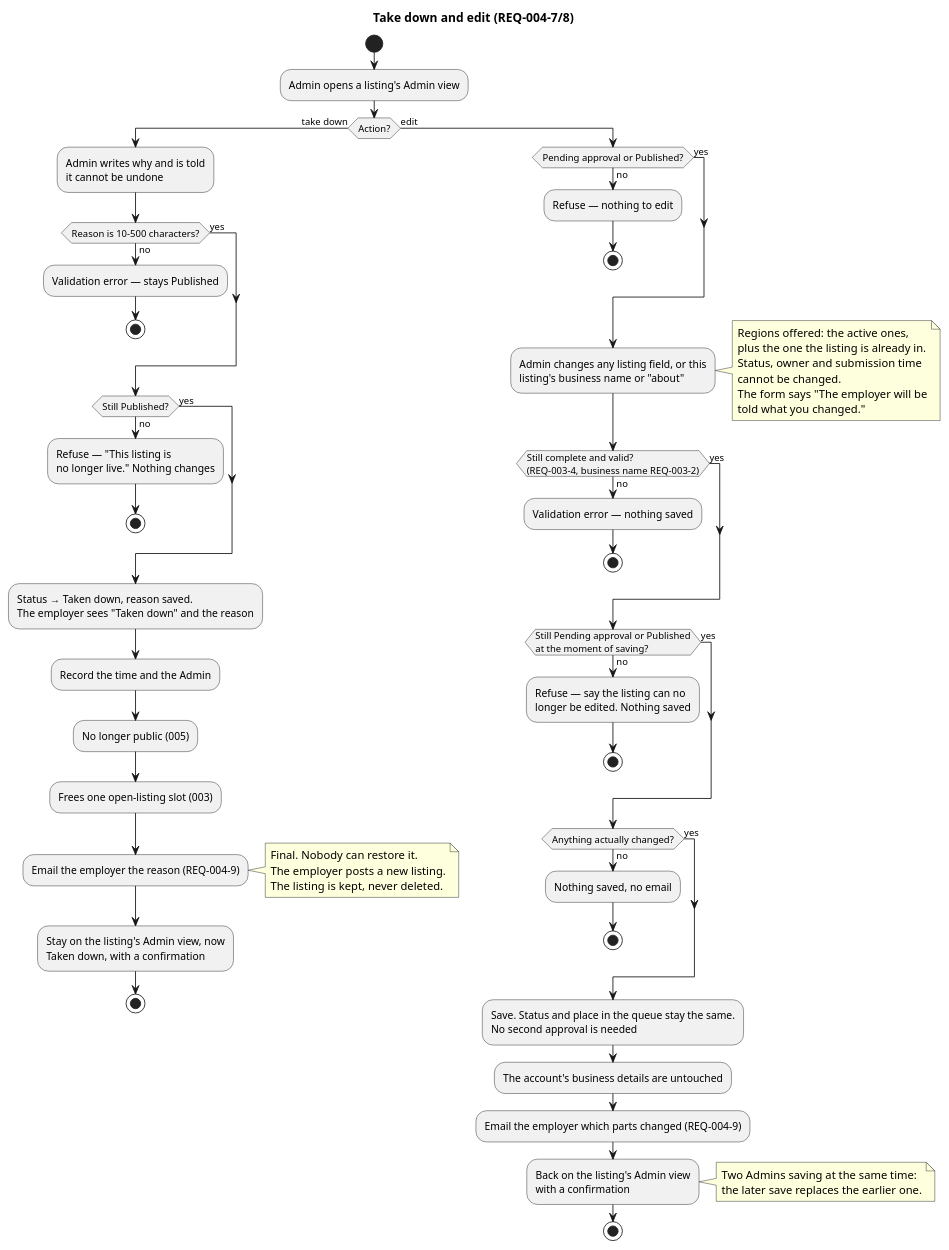
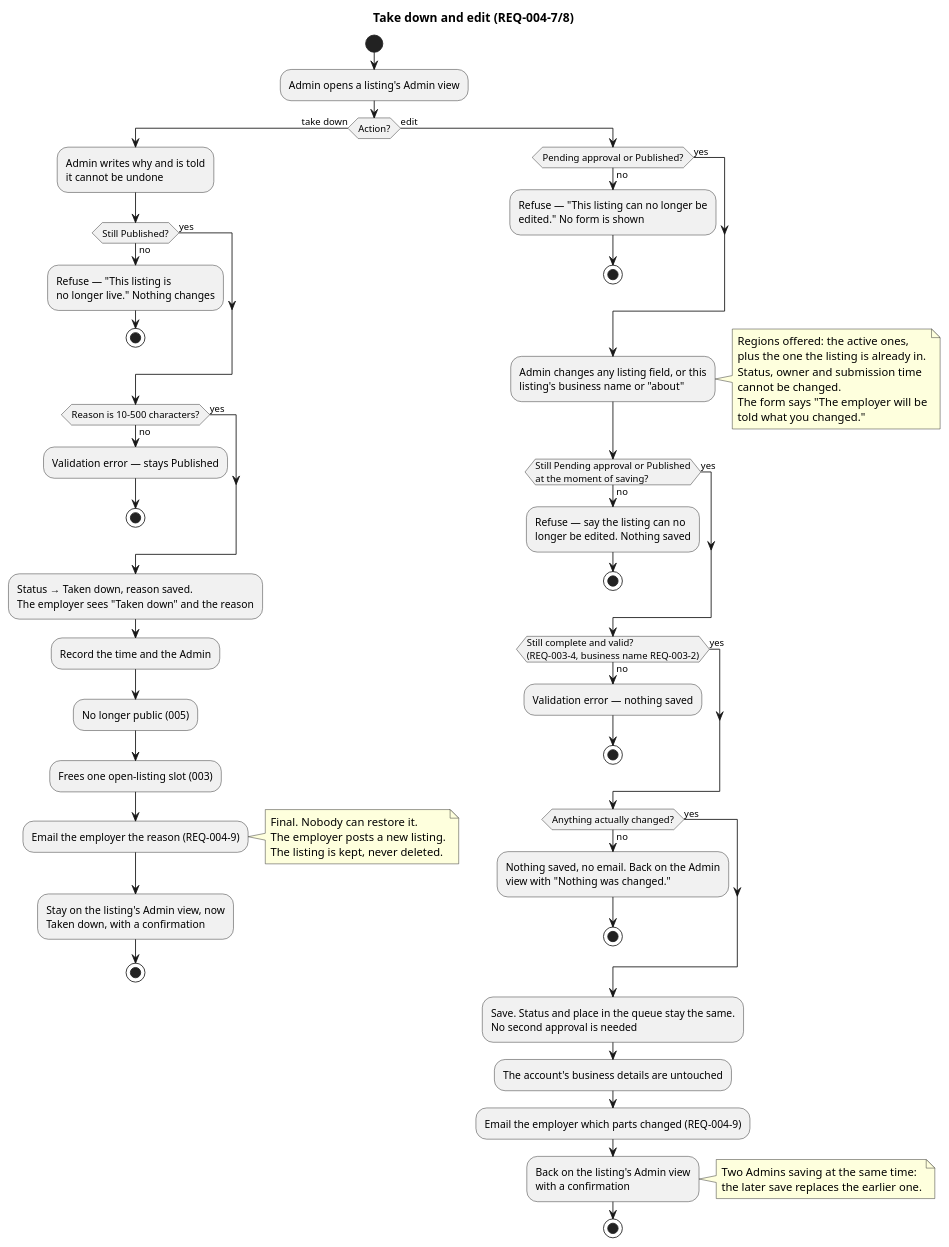
One commit to raseniero/jairojobs-elixir changed the diagram in docs/specs/004-listings-admin-moderation/diagrams/activity-take-down-and-edit.puml. Above: the diagram before and after it, drawn with PlantUML. The commit also changed 23 other files, not shown here.

Commit message:
docs(spec 004): architecture and earlier specs brought in line

```diff
--- a/docs/specs/004-listings-admin-moderation/diagrams/activity-take-down-and-edit.puml
+++ b/docs/specs/004-listings-admin-moderation/diagrams/activity-take-down-and-edit.puml
@@ -1,79 +1,81 @@
 @startuml activity-take-down-and-edit
 ' Spec 004 — taking down a live listing, and Admin edits (REQ-004-7, -8)
 title Take down and edit (REQ-004-7/8)
 
 start
 :Admin opens a listing's Admin view;
 if (Action?) then (take down)
   :Admin writes why and is told
   it cannot be undone;
-  if (Reason is 10–500 characters?) then (no)
-    :Validation error — stays Published;
+  if (Still Published?) then (no)
+    :Refuse — "This listing is
+    no longer live." Nothing changes;
     stop
   else (yes)
   endif
-  if (Still Published?) then (no)
-    :Refuse — "This listing is
-    no longer live." Nothing changes;
+  if (Reason is 10–500 characters?) then (no)
+    :Validation error — stays Published;
     stop
   else (yes)
   endif
   :Status → Taken down, reason saved.
   The employer sees "Taken down" and the reason;
   :Record the time and the Admin;
   :No longer public (005);
   :Frees one open-listing slot (003);
   :Email the employer the reason (REQ-004-9);
   note right
     Final. Nobody can restore it.
     The employer posts a new listing.
     The listing is kept, never deleted.
   end note
   :Stay on the listing's Admin view, now
   Taken down, with a confirmation;
   stop
 else (edit)
   if (Pending approval or Published?) then (no)
-    :Refuse — nothing to edit;
+    :Refuse — "This listing can no longer be
+    edited." No form is shown;
     stop
   else (yes)
   endif
   :Admin changes any listing field, or this
   listing's business name or "about";
   note right
     Regions offered: the active ones,
     plus the one the listing is already in.
     Status, owner and submission time
     cannot be changed.
     The form says "The employer will be
     told what you changed."
   end note
-  if (Still complete and valid?\n(REQ-003-4, business name REQ-003-2)) then (no)
-    :Validation error — nothing saved;
-    stop
-  else (yes)
-  endif
   if (Still Pending approval or Published\nat the moment of saving?) then (no)
     :Refuse — say the listing can no
     longer be edited. Nothing saved;
     stop
   else (yes)
   endif
+  if (Still complete and valid?\n(REQ-003-4, business name REQ-003-2)) then (no)
+    :Validation error — nothing saved;
+    stop
+  else (yes)
+  endif
   if (Anything actually changed?) then (no)
-    :Nothing saved, no email;
+    :Nothing saved, no email. Back on the Admin
+    view with "Nothing was changed.";
     stop
   else (yes)
   endif
   :Save. Status and place in the queue stay the same.
   No second approval is needed;
   :The account's business details are untouched;
   :Email the employer which parts changed (REQ-004-9);
   :Back on the listing's Admin view
   with a confirmation;
   note right
     Two Admins saving at the same time:
     the later save replaces the earlier one.
   end note
   stop
 endif
 @enduml
```
